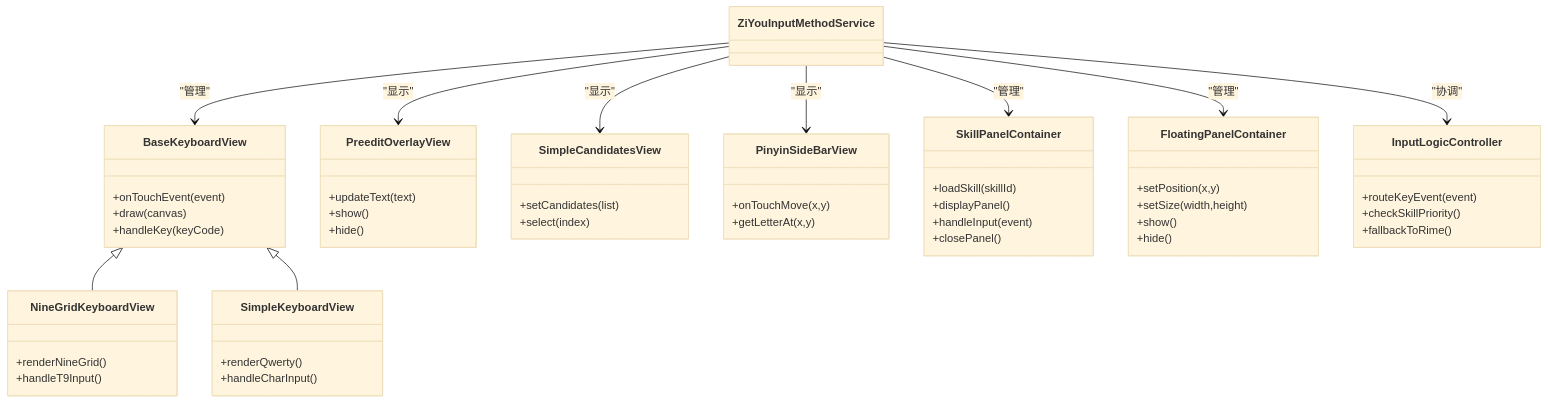
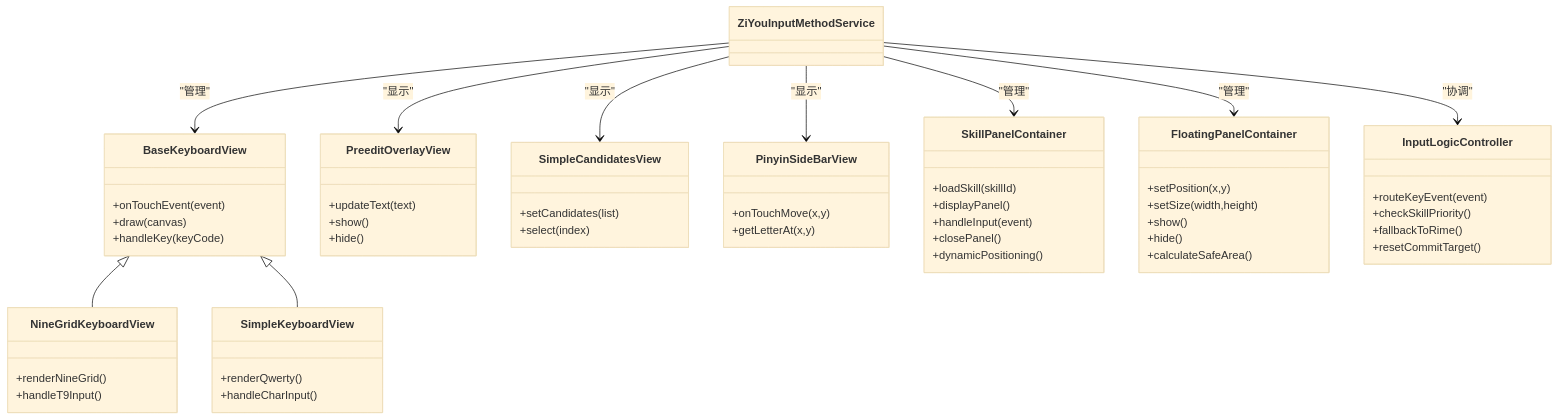
One commit to qiaodashaoye/ziyou-ime changed the third of 6 diagrams in .qoder/repowiki/zh/content/输入法服务.md. Above: the diagram before and after it, drawn with Mermaid (base theme). The commit also changed other lines of this file and 11 other files, not shown here.

````diff
--- a/.qoder/repowiki/zh/content/输入法服务.md
+++ b/.qoder/repowiki/zh/content/输入法服务.md
@@ -291,55 +303,58 @@
 ```mermaid
 classDiagram
 class BaseKeyboardView {
 +onTouchEvent(event)
 +draw(canvas)
 +handleKey(keyCode)
 }
 class NineGridKeyboardView {
 +renderNineGrid()
 +handleT9Input()
 }
 class SimpleKeyboardView {
 +renderQwerty()
 +handleCharInput()
 }
 class PreeditOverlayView {
 +updateText(text)
 +show()
 +hide()
 }
 class SimpleCandidatesView {
 +setCandidates(list)
 +select(index)
 }
 class PinyinSideBarView {
 +onTouchMove(x,y)
 +getLetterAt(x,y)
 }
 class SkillPanelContainer {
 +loadSkill(skillId)
 +displayPanel()
 +handleInput(event)
 +closePanel()
++dynamicPositioning()
 }
 class FloatingPanelContainer {
 +setPosition(x,y)
 +setSize(width,height)
 +show()
 +hide()
++calculateSafeArea()
 }
 class InputLogicController {
 +routeKeyEvent(event)
 +checkSkillPriority()
 +fallbackToRime()
++resetCommitTarget()
 }
 BaseKeyboardView <|-- NineGridKeyboardView
 BaseKeyboardView <|-- SimpleKeyboardView
 ZiYouInputMethodService --> BaseKeyboardView : "管理"
 ZiYouInputMethodService --> PreeditOverlayView : "显示"
 ZiYouInputMethodService --> SimpleCandidatesView : "显示"
 ZiYouInputMethodService --> PinyinSideBarView : "显示"
 ZiYouInputMethodService --> SkillPanelContainer : "管理"
 ZiYouInputMethodService --> FloatingPanelContainer : "管理"
 ZiYouInputMethodService --> InputLogicController : "协调"
 ```
````
